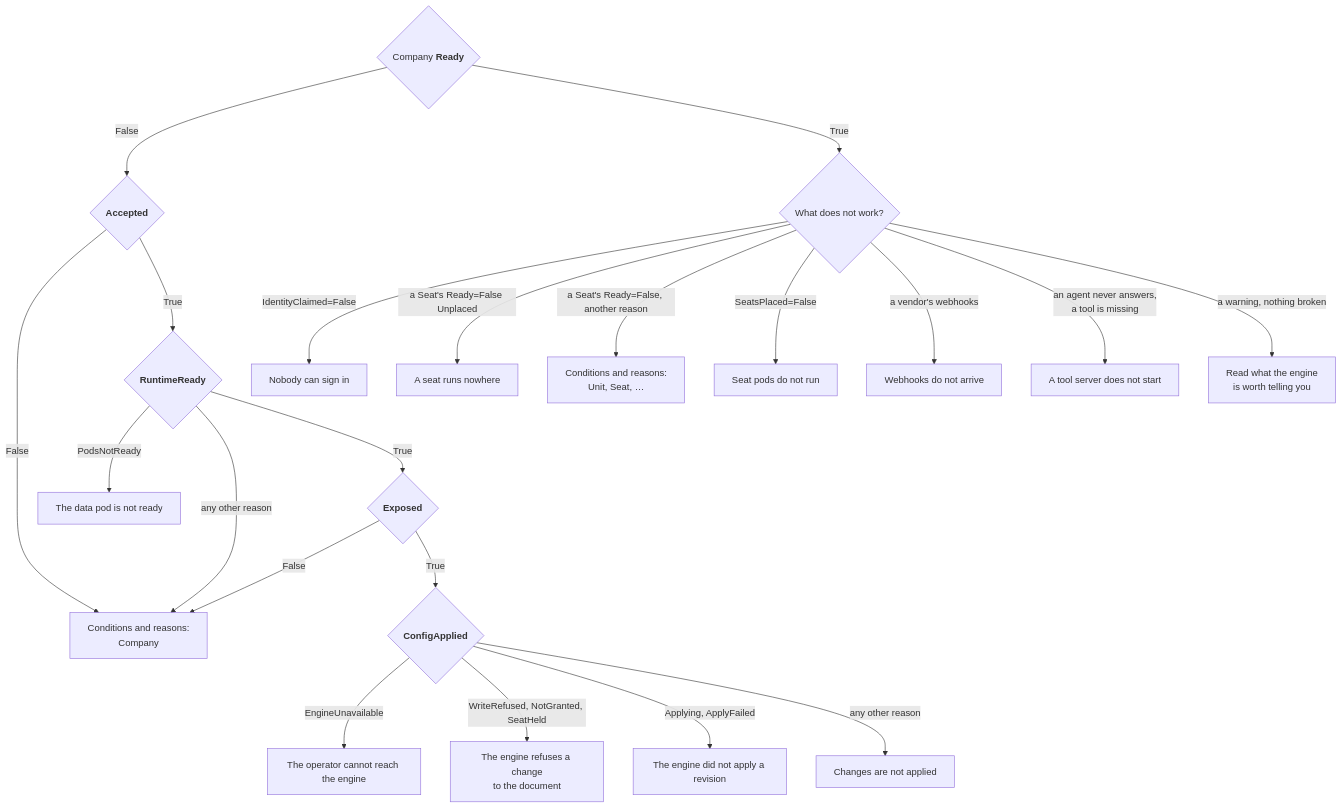
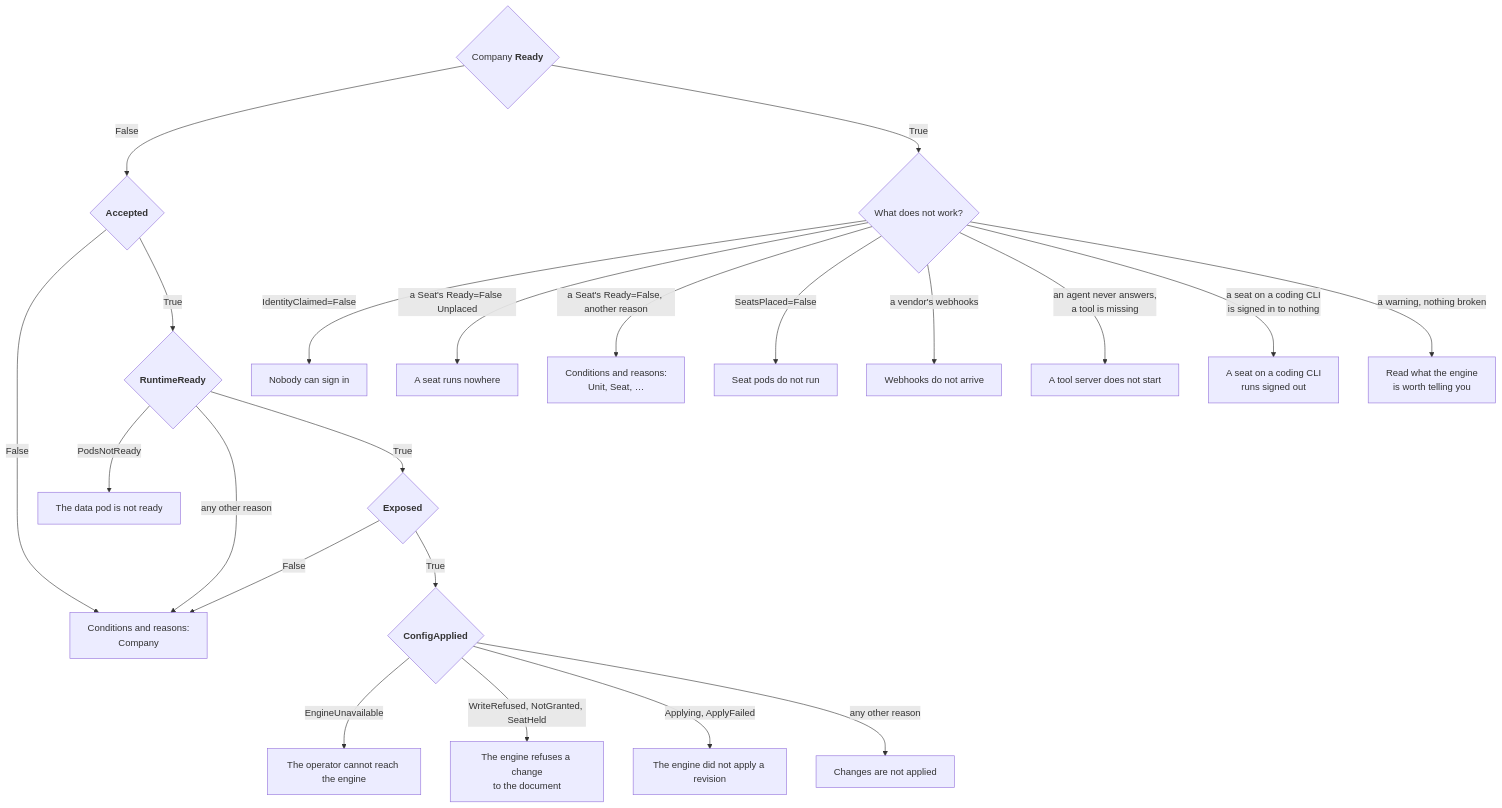
One commit to crewlet/crewlet-operator changed the diagram in docs/guides/troubleshooting.md. Above: the diagram before and after it, drawn with Mermaid. The commit also changed other lines of this file, not shown here.

First line of the commit message:
docs(docs): say how to tell why a coding cli seat runs signed out

````diff
--- a/docs/guides/troubleshooting.md
+++ b/docs/guides/troubleshooting.md
@@ -22,24 +22,25 @@
 ```mermaid
 flowchart TD
     R{"Company <b>Ready</b>"}
     R -->|False| A{"<b>Accepted</b>"}
     R -->|True| SYM{"What does not work?"}
     A -->|False| CL["Conditions and reasons:<br/>Company"]
     A -->|True| RT{"<b>RuntimeReady</b>"}
     RT -->|PodsNotReady| POD["The data pod is not ready"]
     RT -->|"any other reason"| CL
     RT -->|True| EX{"<b>Exposed</b>"}
     EX -->|False| CL
     EX -->|True| CA{"<b>ConfigApplied</b>"}
     CA -->|EngineUnavailable| UN["The operator cannot reach the engine"]
     CA -->|"WriteRefused, NotGranted, SeatHeld"| WR["The engine refuses a change<br/>to the document"]
     CA -->|"Applying, ApplyFailed"| AF["The engine did not apply a revision"]
     SYM -->|"IdentityClaimed=False"| NS["Nobody can sign in"]
     CA -->|"any other reason"| NA["Changes are not applied"]
     SYM -->|"a Seat's Ready=False Unplaced"| NW["A seat runs nowhere"]
     SYM -->|"a Seat's Ready=False, another reason"| CS["Conditions and reasons:<br/>Unit, Seat, …"]
     SYM -->|"SeatsPlaced=False"| SP["Seat pods do not run"]
     SYM -->|"a vendor's webhooks"| WH["Webhooks do not arrive"]
     SYM -->|"an agent never answers,<br/>a tool is missing"| TS["A tool server does not start"]
+    SYM -->|"a seat on a coding CLI<br/>is signed in to nothing"| SO["A seat on a coding CLI<br/>runs signed out"]
     SYM -->|"a warning, nothing broken"| AD["Read what the engine<br/>is worth telling you"]
 ```
````
